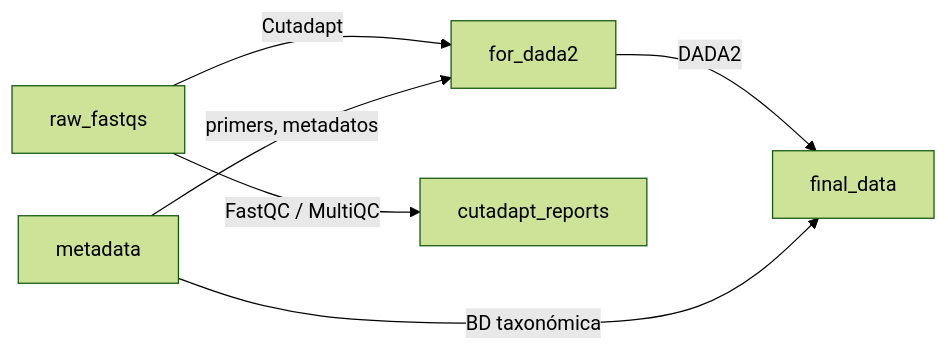
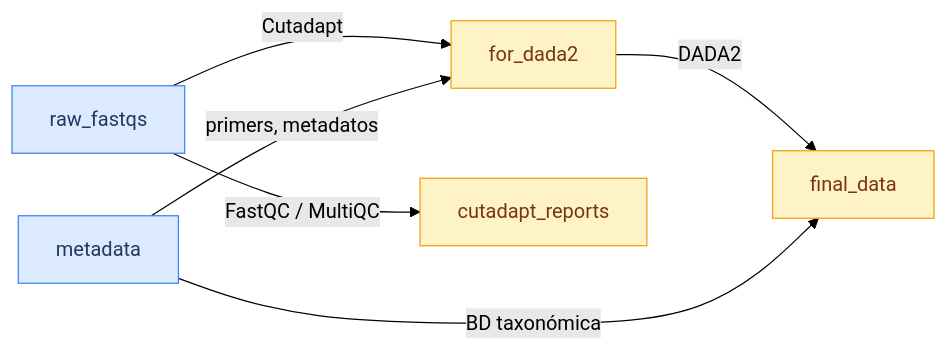
The diagram in 0-Preparacion.qmd (taniavaldiviac/metabarcoding-webpage), drawn with Mermaid (forest theme) before and after one commit.

Commit message:
Colorea nodos del diagrama de flujo: azul incluidos, amarillo generados

````diff
--- a/0-Preparacion.qmd
+++ b/0-Preparacion.qmd
@@ -37,8 +37,11 @@
 ```{mermaid}
 flowchart LR
-    A[raw_fastqs] -->|Cutadapt| B[for_dada2]
-    A -->|FastQC / MultiQC| C[cutadapt_reports]
-    B -->|DADA2| D[final_data]
-    E[metadata] -->|primers, metadatos| B
+    A[raw_fastqs]:::included -->|Cutadapt| B[for_dada2]:::generated
+    A -->|FastQC / MultiQC| C[cutadapt_reports]:::generated
+    B -->|DADA2| D[final_data]:::generated
+    E[metadata]:::included -->|primers, metadatos| B
     E -->|BD taxonómica| D
+
+    classDef included fill:#dbeafe,stroke:#3b82f6,color:#1e3a5f
+    classDef generated fill:#fef3c7,stroke:#f59e0b,color:#78350f
 ```
````
